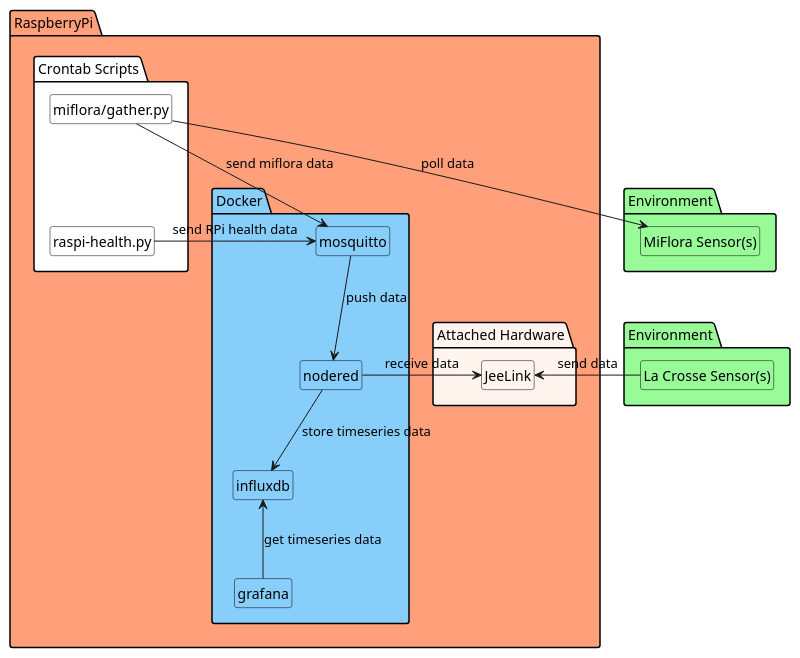
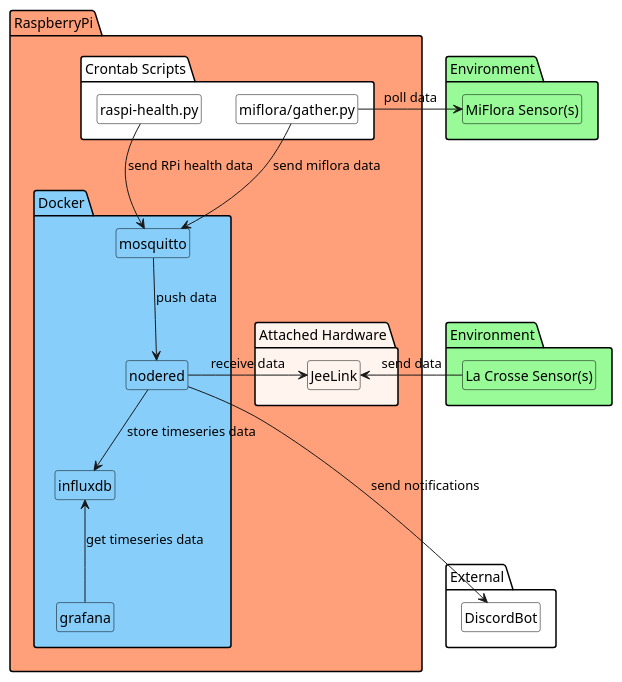
One commit to dArignac/smarthome changed the diagram in overview.puml. Above: the diagram before and after it, drawn with PlantUML. The commit also changed 3 other files, not shown here.

```diff
--- a/overview.puml
+++ b/overview.puml
@@ -1,62 +1,67 @@
 @startuml
 skinparam shadowing false
 
 skinparam package {
   BackgroundColor white
   BorderColor black
   FontStyle italic bold
 
   BackgroundColor<<Environment>> PaleGreen
   BackgroundColor<<RaspberryPi>> LightSalmon
   BackgroundColor<<Hardware>> SeaShell
   BackgroundColor<<Docker>> LightSkyBlue
 }
 
 skinparam class {
   BackgroundColor none
   BorderColor Black
 }
 
 hide members
 hide circle
 hide stereotype
 
 package "Environment" as E1 <<Environment>> {
   class "La Crosse Sensor(s)" as sensorLacrosse
 }
 
 package "Environment" as E2 <<Environment>> {
   class "MiFlora Sensor(s)" as sensorMiflora
 }
 
 package RaspberryPi <<RaspberryPi>> {
   package "Attached Hardware" <<Hardware>> {
     class "JeeLink" as jeelink
   }
 
   package Docker <<Docker>> {
     class nodered
     class grafana
     class influxdb
     class mosquitto
 
     mosquitto -down-> nodered: push data
     nodered -down-> influxdb: store timeseries data
     grafana -up-> influxdb: get timeseries data
   }
 
   package "Crontab Scripts" {
     class "raspi-health.py" as scriptRaspiHealth
     class "miflora/gather.py" as scriptMiflora
 
-    scriptMiflora-down[hidden]-> scriptRaspiHealth
+    scriptRaspiHealth -right[hidden]-> scriptMiflora
   }
 
-  scriptRaspiHealth -right-> mosquitto: send RPi health data
+  scriptRaspiHealth -down-> mosquitto: send RPi health data
+}
+
+package "External" as Ex {
+  class "DiscordBot" as discord
 }
 
 sensorLacrosse -left-> jeelink: send data
-jeelink <-right- nodered: receive data
-sensorMiflora <-up- scriptMiflora: poll data
-scriptMiflora -right-> mosquitto: send miflora data
+nodered -left-> jeelink: receive data
+scriptMiflora -right-> sensorMiflora: poll data
+scriptMiflora -down-> mosquitto: send miflora data
+nodered -down--> discord: send notifications
 @enduml
```
